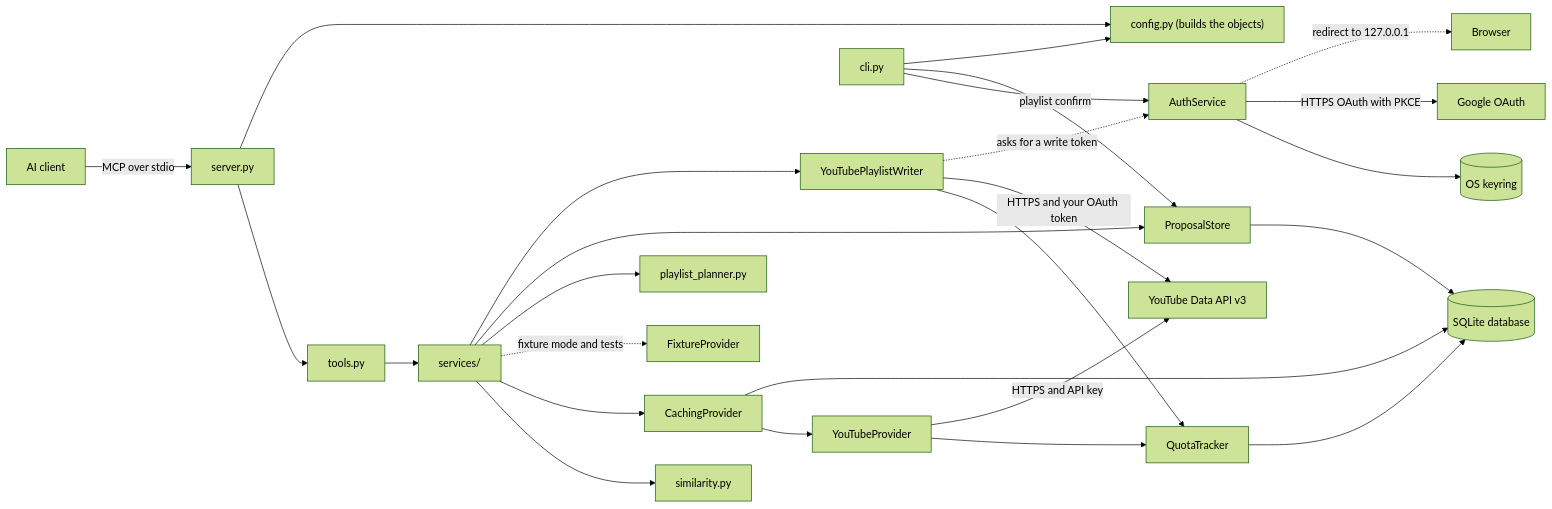
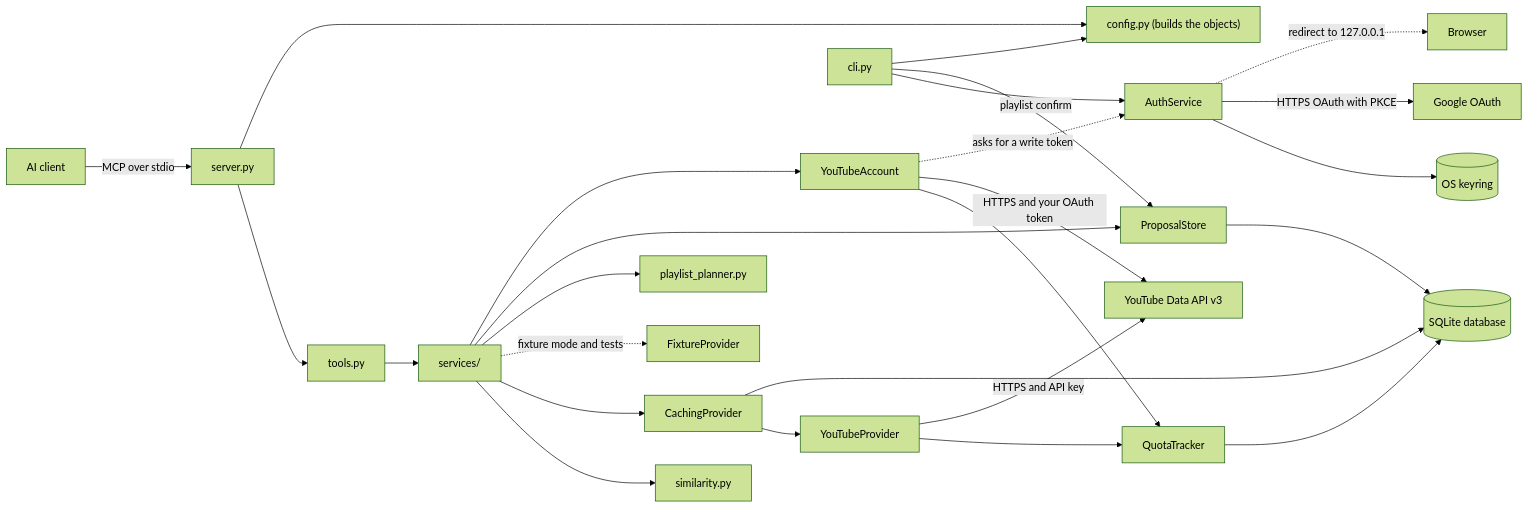
The diagram in docs/Areas/Design Components.md (Chris-ops4573/Youtube_MCP_Server), drawn with Mermaid (forest theme) before and after one commit. The commit also changed other lines of this file and 17 other files, not shown here.

Commit message:
refactor: rename PlaylistWriter to AccountProvider

````diff
--- a/docs/Areas/Design Components.md
+++ b/docs/Areas/Design Components.md
@@ -9,28 +9,28 @@
 ```mermaid
 flowchart LR
   Client["AI client"] -->|"MCP over stdio"| Server["server.py"]
   Server --> Tools["tools.py"]
   Tools --> Services["services/"]
   Services --> Sim["similarity.py"]
   Services --> Caching["CachingProvider"]
   Services -.->|"fixture mode and tests"| Fixture["FixtureProvider"]
   Caching --> Live["YouTubeProvider"]
   Caching --> DB[("SQLite database")]
   Live --> Quota["QuotaTracker"]
   Quota --> DB
   Live -->|"HTTPS and API key"| YT["YouTube Data API v3"]
   CLI["cli.py"] --> Auth["AuthService"]
   Auth --> KR[("OS keyring")]
   Auth -->|"HTTPS OAuth with PKCE"| Google["Google OAuth"]
   Auth -.->|"redirect to 127.0.0.1"| Browser["Browser"]
   Services --> Planner["playlist_planner.py"]
   Services --> Store["ProposalStore"]
   Store --> DB
-  Services --> Writer["YouTubePlaylistWriter"]
-  Writer --> Quota
-  Writer -->|"HTTPS and your OAuth token"| YT
-  Writer -.->|"asks for a write token"| Auth
+  Services --> Account["YouTubeAccount"]
+  Account --> Quota
+  Account -->|"HTTPS and your OAuth token"| YT
+  Account -.->|"asks for a write token"| Auth
   CLI -->|"playlist confirm"| Store
   Server --> Config["config.py (builds the objects)"]
   CLI --> Config
 ```
````
